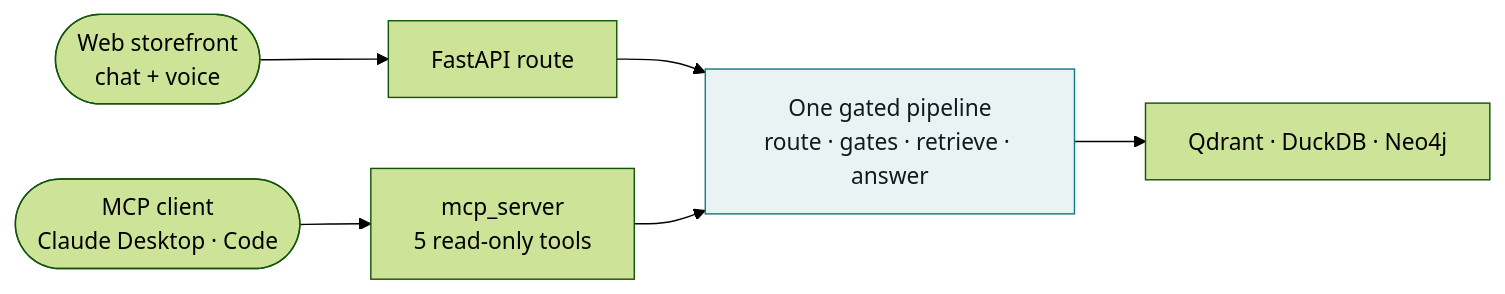
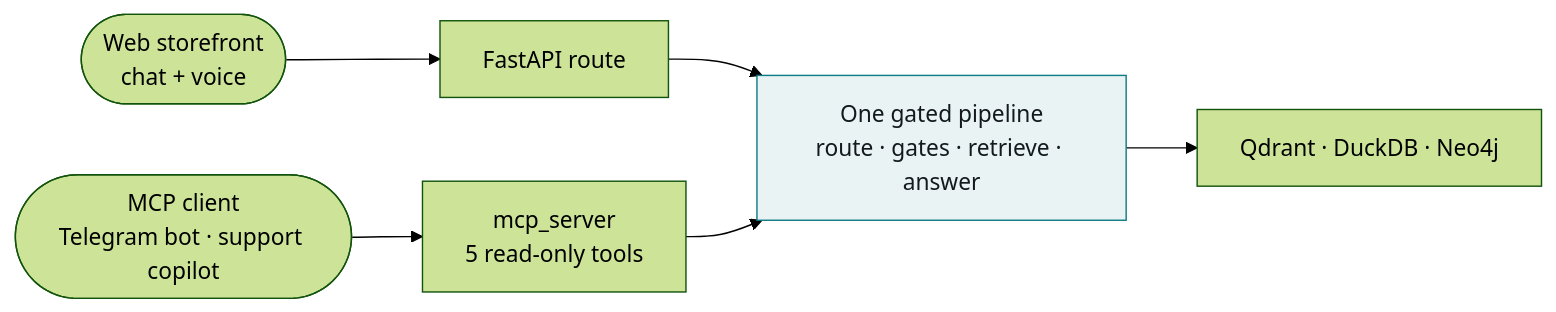
One commit to hoomanesteki/agentic-rag-knowledge-ai-platform changed the second of 2 diagrams in showcase/architecture.qmd. Above: the diagram before and after it, drawn with Mermaid (forest theme). The commit also changed other lines of this file and 1 other file, not shown here.

First line of the commit message:
docs: make the Telegram channel concrete in the architecture + MCP pages

````diff
--- a/showcase/architecture.qmd
+++ b/showcase/architecture.qmd
@@ -49,10 +49,10 @@
 ```{mermaid}
 flowchart LR
   WEB([Web storefront<br/>chat + voice]) --> API[FastAPI route]
-  MCP([MCP client<br/>Claude Desktop · Code]) --> SRV[mcp_server<br/>5 read-only tools]
+  MCP([MCP client<br/>Telegram bot · support copilot]) --> SRV[mcp_server<br/>5 read-only tools]
   API --> PIPE[One gated pipeline<br/>route · gates · retrieve · answer]
   SRV --> PIPE
   PIPE --> ST[Qdrant · DuckDB · Neo4j]
   classDef core fill:#e9f3f4,stroke:#0f7b84,color:#13191e;
   class PIPE core;
 ```
````
